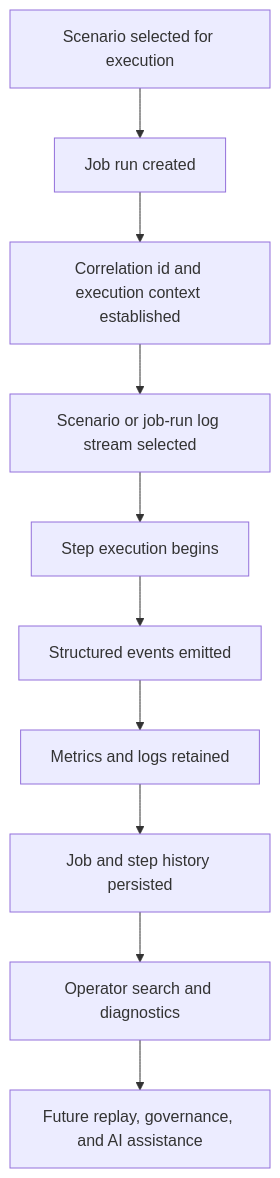
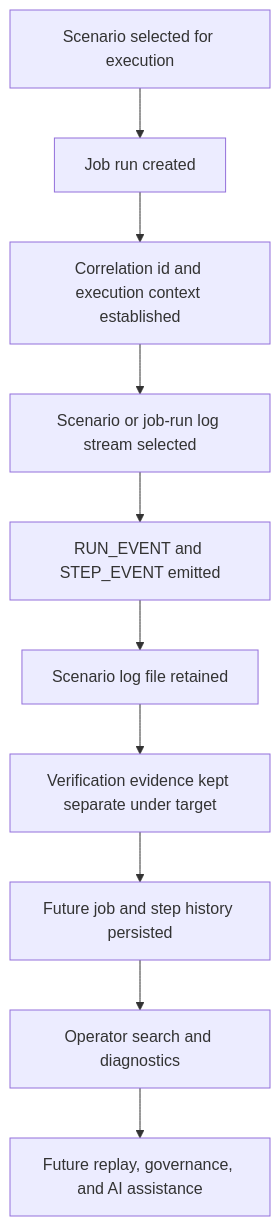
Before and after one commit to kbalanandam/spring-etl-engine: the diagram in docs/architecture/job-history-and-operational-observability.md, drawn with Mermaid. The commit also changed other lines of this file and 146 other files, not shown here.

````diff
--- a/docs/architecture/job-history-and-operational-observability.md
+++ b/docs/architecture/job-history-and-operational-observability.md
@@ -72,12 +81,12 @@
 ```mermaid
 flowchart TD
     A[Scenario selected for execution] --> B[Job run created]
     B --> C[Correlation id and execution context established]
     C --> D[Scenario or job-run log stream selected]
-    D --> E[Step execution begins]
-    E --> F[Structured events emitted]
-    F --> G[Metrics and logs retained]
-    G --> H[Job and step history persisted]
+    D --> E[RUN_EVENT and STEP_EVENT emitted]
+    E --> F[Scenario log file retained]
+    F --> G[Verification evidence kept separate under target]
+    G --> H[Future job and step history persisted]
     H --> I[Operator search and diagnostics]
     I --> J[Future replay, governance, and AI assistance]
 ```
````
